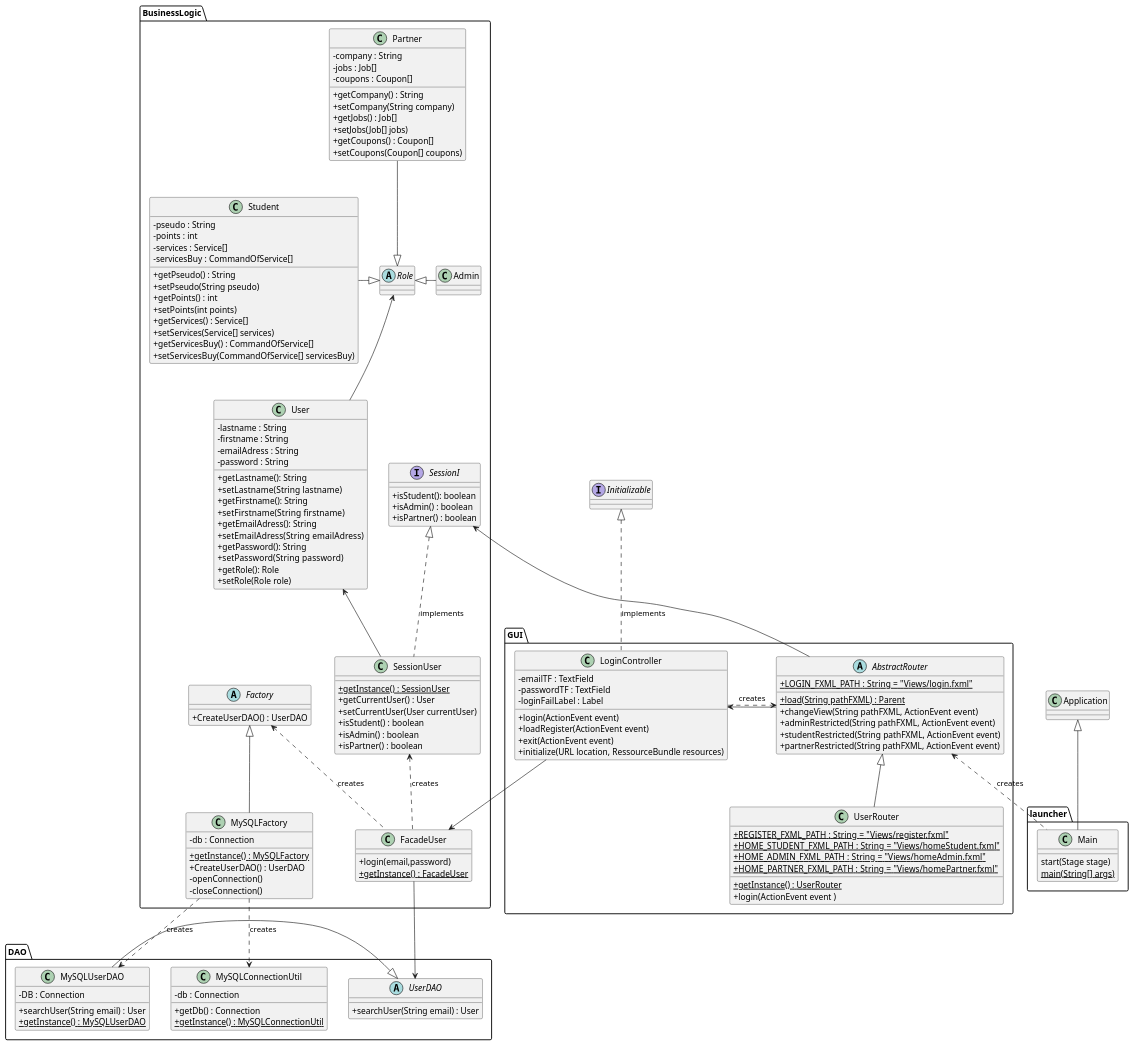
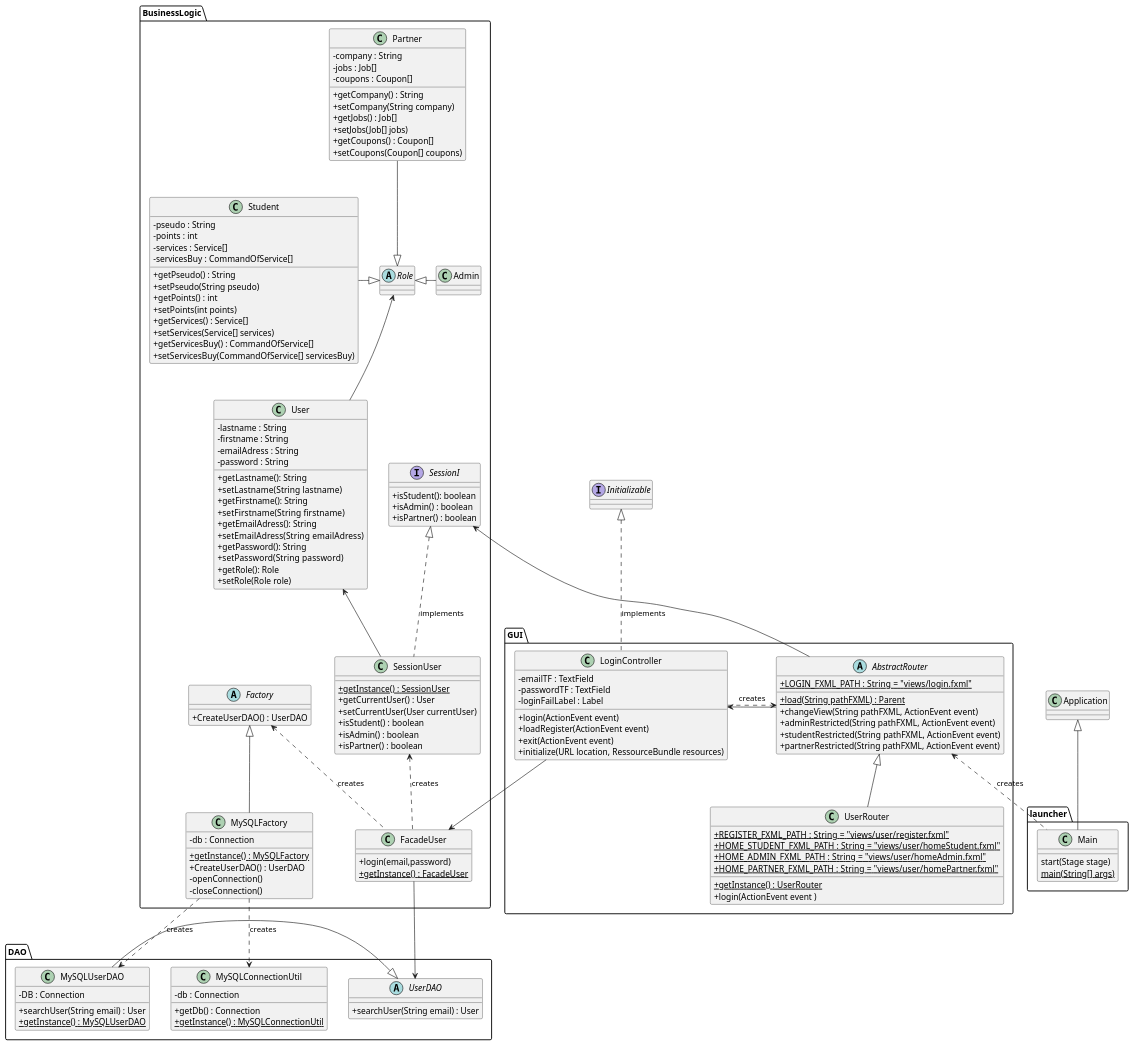
The diagram in project_diagrams/classDiagrams/login.puml (guiguie34/StudEasy), drawn with PlantUML before and after one commit. The commit also changed 7 other files, not shown here.

Commit message:
Fix : path views in the routers

```diff
--- a/project_diagrams/classDiagrams/login.puml
+++ b/project_diagrams/classDiagrams/login.puml
@@ -1,173 +1,173 @@
 @startuml
 skinparam classAttributeIconSize 0
 
 class Application
 
 package launcher{
 
     class Main{
         start(Stage stage)
         {static} main(String[] args)
      }
 
     Application <|-- Main
 }
 
 interface Initializable
 
 package GUI{
 
     abstract class AbstractRouter{
-        + {static} LOGIN_FXML_PATH : String = "Views/login.fxml"
+        + {static} LOGIN_FXML_PATH : String = "views/login.fxml"
         + {static} load(String pathFXML) : Parent
         + changeView(String pathFXML, ActionEvent event)
         + adminRestricted(String pathFXML, ActionEvent event)
         + studentRestricted(String pathFXML, ActionEvent event)
         + partnerRestricted(String pathFXML, ActionEvent event)
     }
 
     class LoginController{
             - emailTF : TextField
             - passwordTF : TextField
             - loginFailLabel : Label
             + login(ActionEvent event)
             + loadRegister(ActionEvent event)
             + exit(ActionEvent event)
             + initialize(URL location, RessourceBundle resources)
         }
 
     class UserRouter{
-        + {static} REGISTER_FXML_PATH : String = "Views/register.fxml"
-        + {static} HOME_STUDENT_FXML_PATH : String = "Views/homeStudent.fxml"
-        + {static} HOME_ADMIN_FXML_PATH : String = "Views/homeAdmin.fxml"
-        + {static} HOME_PARTNER_FXML_PATH : String = "Views/homePartner.fxml"
+        + {static} REGISTER_FXML_PATH : String = "views/user/register.fxml"
+        + {static} HOME_STUDENT_FXML_PATH : String = "views/user/homeStudent.fxml"
+        + {static} HOME_ADMIN_FXML_PATH : String = "views/user/homeAdmin.fxml"
+        + {static} HOME_PARTNER_FXML_PATH : String = "views/user/homePartner.fxml"
         + {static} getInstance() : UserRouter
         + login(ActionEvent event )
     }
 
     Initializable <|.down. LoginController : implements
     AbstractRouter <.. Main : creates
     LoginController <-- AbstractRouter
     AbstractRouter <.left. LoginController : creates
     AbstractRouter <|-- UserRouter
 }
 
 package BusinessLogic{
     class FacadeUser{
         + login(email,password)
         + {static} getInstance() : FacadeUser
     }
 
     class SessionUser{
         + {static} getInstance() : SessionUser
         + getCurrentUser() : User
         + setCurrentUser(User currentUser)
         + isStudent() : boolean
         + isAdmin() : boolean
         + isPartner() : boolean
     }
 
     interface SessionI{
         + isStudent(): boolean
         + isAdmin() : boolean
         + isPartner() : boolean
     }
 
     class User{
         - lastname : String
         - firstname : String
         - emailAdress : String
         - password : String
         + getLastname(): String
         + setLastname(String  lastname)
         + getFirstname(): String
         + setFirstname(String  firstname)
         + getEmailAdress(): String
         + setEmailAdress(String  emailAdress)
         + getPassword(): String
         + setPassword(String  password)
         + getRole(): Role
         + setRole(Role role)
     }
 
     abstract class Role
 
     class Admin
 
     class Student{
         - pseudo : String
         - points : int
         - services : Service[]
         - servicesBuy : CommandOfService[]
         + getPseudo() : String
         + setPseudo(String pseudo)
         + getPoints() : int
         + setPoints(int points)
         + getServices() : Service[]
         + setServices(Service[] services)
         + getServicesBuy() : CommandOfService[]
         + setServicesBuy(CommandOfService[] servicesBuy)
     }
 
     class Partner{
         - company : String
         - jobs : Job[]
         - coupons : Coupon[]
         + getCompany() : String
         + setCompany(String company)
         + getJobs() : Job[]
         + setJobs(Job[] jobs)
         + getCoupons() : Coupon[]
         + setCoupons(Coupon[] coupons)
     }
 
     abstract class Factory{
         + CreateUserDAO() : UserDAO
     }
 
     class MySQLFactory{
         - db : Connection
         + {static} getInstance() : MySQLFactory
         + CreateUserDAO() : UserDAO
         - openConnection()
         - closeConnection()
     }
 
     Role <|-left Student
     Role <|-right Admin
     Role <|--up Partner
     Role <-- User
     User <-- SessionUser
     SessionI <|.. SessionUser : implements
     SessionI <-- AbstractRouter
     SessionUser <.. FacadeUser : creates
     Factory <.. FacadeUser : creates
     Factory <|-- MySQLFactory
     FacadeUser <-up- LoginController
 }
 
 package DAO{
     abstract class UserDAO{
         + searchUser(String email) : User
     }
 
     class MySQLUserDAO{
         - DB : Connection
         + searchUser(String email) : User
         + {static} getInstance() : MySQLUserDAO
     }
 
     class MySQLConnectionUtil{
         - db : Connection
         + getDb() : Connection
         + {static} getInstance() : MySQLConnectionUtil
     }
 
     UserDAO <|-up MySQLUserDAO
     UserDAO <-up- FacadeUser
 
     MySQLUserDAO <.up. MySQLFactory : creates
     MySQLConnectionUtil <.up. MySQLFactory : creates
 }
 
 @enduml
```
